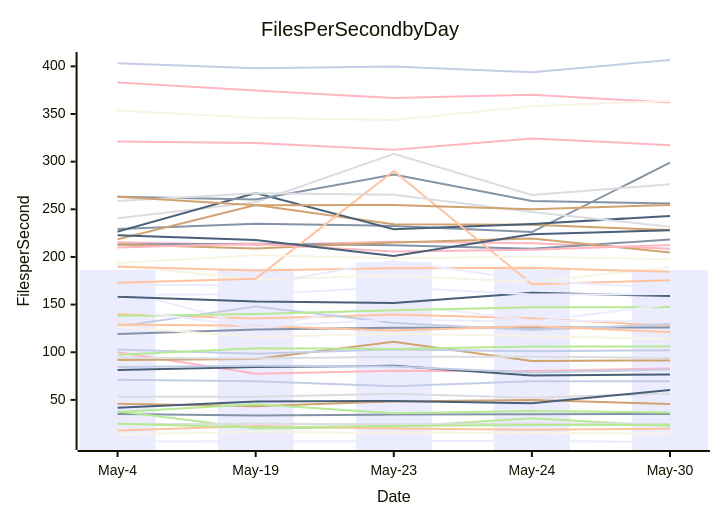
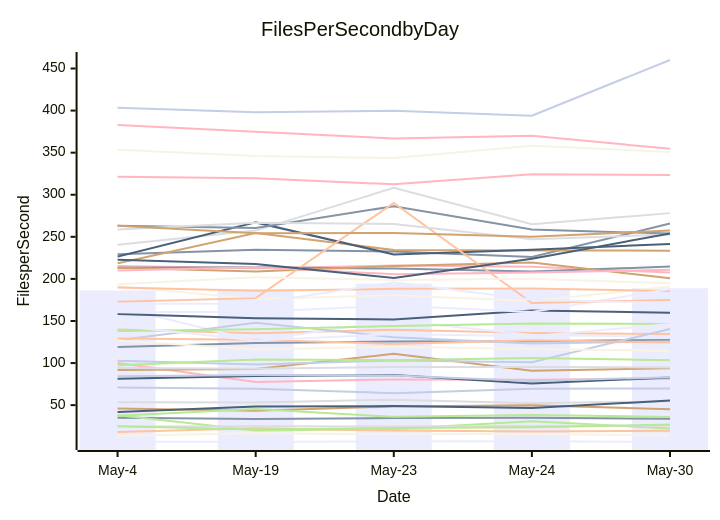
Before and after one commit to streetsidesoftware/cspell: the diagram in perf-report.md, drawn with Mermaid. The commit also changed other lines of this file and 2 other files, not shown here.

````diff
--- a/perf-report.md
+++ b/perf-report.md
@@ -11,57 +11,57 @@
 ```mermaid
 xychart-beta
     title Files Per Second by Day
     y-axis Files per Second
     x-axis Date [May-4, May-19, May-23, May-24, May-30]
-    bar [186.25, 187.94, 194.38, 187.53, 186.14]
-    line [35.07, 33.61, 34.69, 34.94, 35.19]
-    line [140.01, 135.42, 139.50, 135.65, 127.69]
-    line [53.38, 53.17, 56.48, 52.20, 56.68]
-    line [38.18, 20.00, 21.53, 30.85, 22.48]
-    line [46.04, 43.44, 48.37, 49.79, 45.66]
-    line [71.11, 69.47, 64.25, 69.53, 69.63]
-    line [100.08, 77.54, 80.59, 80.29, 82.96]
-    line [81.26, 84.52, 85.73, 75.59, 76.69]
-    line [191.37, 176.15, 180.59, 173.73, 189.18]
-    line [166.55, 126.61, 150.87, 133.44, 132.01]
-    line [119.17, 123.77, 125.73, 125.94, 125.99]
-    line [17.95, 22.53, 19.87, 18.72, 19.82]
-    line [24.56, 24.84, 24.48, 25.27, 24.77]
-    line [24.93, 21.05, 22.73, 23.64, 23.81]
-    line [91.75, 92.82, 111.10, 90.94, 91.41]
-    line [102.79, 98.35, 102.96, 100.96, 102.08]
-    line [382.99, 374.77, 366.83, 370.08, 362.12]
-    line [158.32, 153.28, 151.73, 162.52, 158.93]
-    line [13.72, 16.48, 15.39, 15.58, 14.44]
-    line [6.46, 6.48, 6.70, 7.10, 5.81]
-    line [229.32, 234.71, 232.57, 226.13, 298.95]
-    line [189.78, 185.86, 188.16, 188.58, 184.35]
-    line [240.52, 257.39, 308.24, 265.00, 276.25]
-    line [37.38, 45.35, 36.07, 38.42, 36.78]
-    line [218.55, 254.57, 234.26, 233.79, 228.16]
-    line [127.00, 147.92, 130.77, 123.22, 129.60]
-    line [215.39, 212.55, 215.84, 214.38, 208.55]
-    line [226.51, 267.13, 229.05, 234.58, 243.05]
-    line [353.58, 346.15, 343.69, 358.26, 363.76]
-    line [160.29, 160.94, 168.26, 160.60, 161.09]
-    line [213.17, 213.72, 212.23, 208.69, 218.24]
-    line [129.13, 127.71, 122.71, 127.15, 121.20]
-    line [94.12, 93.35, 95.34, 95.32, 94.04]
-    line [138.03, 140.07, 144.01, 147.15, 147.35]
-    line [213.15, 208.87, 215.23, 219.43, 204.61]
-    line [84.38, 85.95, 85.08, 78.77, 81.88]
-    line [321.24, 319.57, 312.48, 324.31, 317.33]
-    line [41.81, 48.29, 48.86, 46.46, 60.40]
-    line [126.81, 116.06, 119.43, 116.84, 113.93]
-    line [144.52, 126.78, 134.48, 131.99, 150.35]
-    line [263.11, 260.36, 286.42, 258.60, 256.12]
-    line [172.93, 177.15, 290.28, 171.42, 175.58]
-    line [258.73, 266.74, 265.26, 247.18, 231.63]
-    line [97.37, 104.19, 103.43, 105.92, 105.90]
-    line [263.28, 254.35, 254.61, 250.00, 254.61]
-    line [403.25, 398.12, 399.78, 393.93, 406.67]
-    line [209.84, 213.89, 205.67, 207.63, 212.42]
-    line [222.86, 217.73, 200.96, 223.84, 227.93]
-    line [193.68, 201.86, 198.76, 200.08, 197.65]
-    line [170.59, 170.67, 195.94, 175.36, 167.12]
+    bar [186.25, 187.94, 194.38, 187.53, 188.92]
+    line [35.07, 33.61, 34.69, 34.94, 33.95]
+    line [140.01, 135.42, 139.50, 135.65, 134.52]
+    line [53.38, 53.17, 56.48, 52.20, 54.66]
+    line [38.18, 20.00, 21.53, 30.85, 22.15]
+    line [46.04, 43.44, 48.37, 49.79, 45.25]
+    line [71.11, 69.47, 64.25, 69.53, 69.68]
+    line [100.08, 77.54, 80.59, 80.29, 81.23]
+    line [81.26, 84.52, 85.73, 75.59, 82.90]
+    line [191.37, 176.15, 180.59, 173.73, 190.94]
+    line [166.55, 126.61, 150.87, 133.44, 131.20]
+    line [119.17, 123.77, 125.73, 125.94, 127.43]
+    line [17.95, 22.53, 19.87, 18.72, 19.65]
+    line [24.56, 24.84, 24.48, 25.27, 25.42]
+    line [24.93, 21.05, 22.73, 23.64, 26.94]
+    line [91.75, 92.82, 111.10, 90.94, 93.75]
+    line [102.79, 98.35, 102.96, 100.96, 140.55]
+    line [382.99, 374.77, 366.83, 370.08, 354.54]
+    line [158.32, 153.28, 151.73, 162.52, 159.90]
+    line [13.72, 16.48, 15.39, 15.58, 14.26]
+    line [6.46, 6.48, 6.70, 7.10, 6.20]
+    line [229.32, 234.71, 232.57, 226.13, 265.79]
+    line [189.78, 185.86, 188.16, 188.58, 185.60]
+    line [240.52, 257.39, 308.24, 265.00, 278.15]
+    line [37.38, 45.35, 36.07, 38.42, 36.05]
+    line [218.55, 254.57, 234.26, 233.79, 233.59]
+    line [127.00, 147.92, 130.77, 123.22, 125.73]
+    line [215.39, 212.55, 215.84, 214.38, 207.68]
+    line [226.51, 267.13, 229.05, 234.58, 241.52]
+    line [353.58, 346.15, 343.69, 358.26, 350.88]
+    line [160.29, 160.94, 168.26, 160.60, 188.11]
+    line [213.17, 213.72, 212.23, 208.69, 214.71]
+    line [129.13, 127.71, 122.71, 127.15, 124.34]
+    line [94.12, 93.35, 95.34, 95.32, 94.75]
+    line [138.03, 140.07, 144.01, 147.15, 146.35]
+    line [213.15, 208.87, 215.23, 219.43, 200.71]
+    line [84.38, 85.95, 85.08, 78.77, 83.17]
+    line [321.24, 319.57, 312.48, 324.31, 323.51]
+    line [41.81, 48.29, 48.86, 46.46, 55.44]
+    line [126.81, 116.06, 119.43, 116.84, 114.69]
+    line [144.52, 126.78, 134.48, 131.99, 146.37]
+    line [263.11, 260.36, 286.42, 258.60, 253.82]
+    line [172.93, 177.15, 290.28, 171.42, 175.04]
+    line [258.73, 266.74, 265.26, 247.18, 252.79]
+    line [97.37, 104.19, 103.43, 105.92, 103.38]
+    line [263.28, 254.35, 254.61, 250.00, 257.52]
+    line [403.25, 398.12, 399.78, 393.93, 460.10]
+    line [209.84, 213.89, 205.67, 207.63, 210.79]
+    line [222.86, 217.73, 200.96, 223.84, 254.05]
+    line [193.68, 201.86, 198.76, 200.08, 194.69]
+    line [170.59, 170.67, 195.94, 175.36, 171.48]
 ```
````
